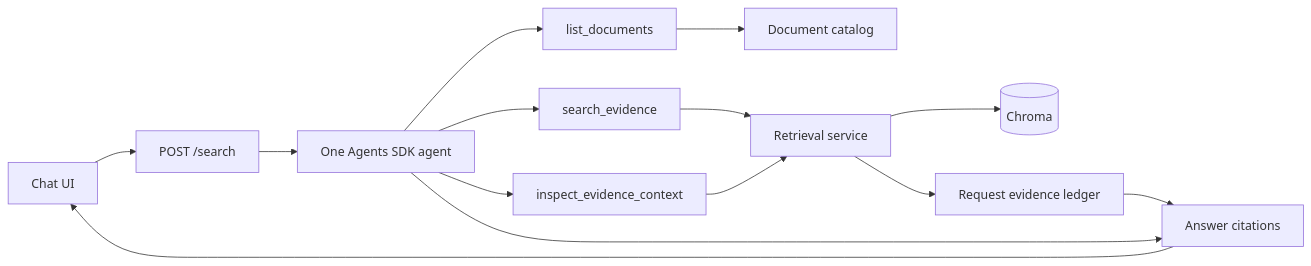
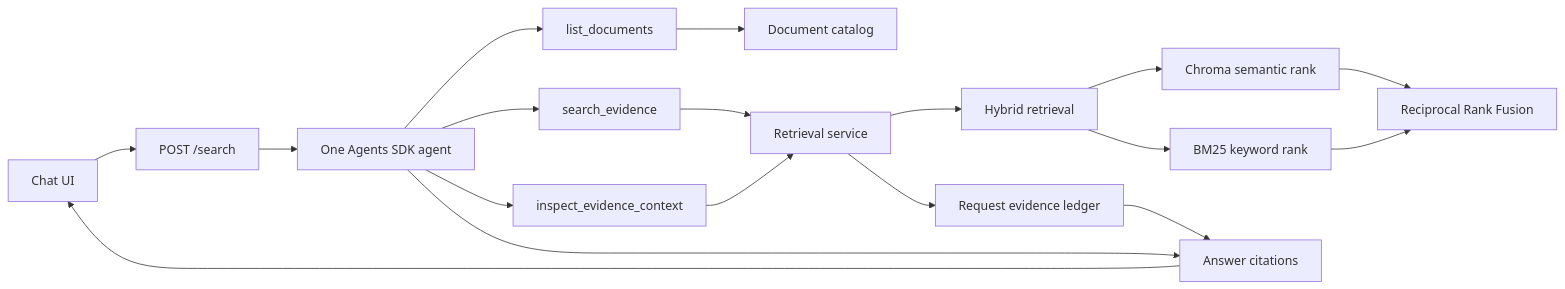
One commit to Rohan-Desai/agentic-search changed the diagram in ARCHITECTURE.md. Above: the diagram before and after it, drawn with Mermaid. The commit also changed other lines of this file and 1 other file, not shown here.

Commit message:
Document hybrid retrieval design

````diff
--- a/ARCHITECTURE.md
+++ b/ARCHITECTURE.md
@@ -6,16 +6,20 @@
 ```mermaid
 flowchart LR
     UI[Chat UI] --> API[POST /search]
     API --> AGENT[One Agents SDK agent]
     AGENT --> LIST[list_documents]
     AGENT --> SEARCH[search_evidence]
     AGENT --> INSPECT[inspect_evidence_context]
     LIST --> CATALOG[Document catalog]
     SEARCH --> RETRIEVAL[Retrieval service]
     INSPECT --> RETRIEVAL
-    RETRIEVAL --> VECTOR[(Chroma)]
+    RETRIEVAL --> HYBRID[Hybrid retrieval]
+    HYBRID --> SEMANTIC[Chroma semantic rank]
+    HYBRID --> KEYWORD[BM25 keyword rank]
+    SEMANTIC --> FUSION[Reciprocal Rank Fusion]
+    KEYWORD --> FUSION
     RETRIEVAL --> LEDGER[Request evidence ledger]
     LEDGER --> RESPONSE[Answer citations]
     AGENT --> RESPONSE
     RESPONSE --> UI
 ```
````
